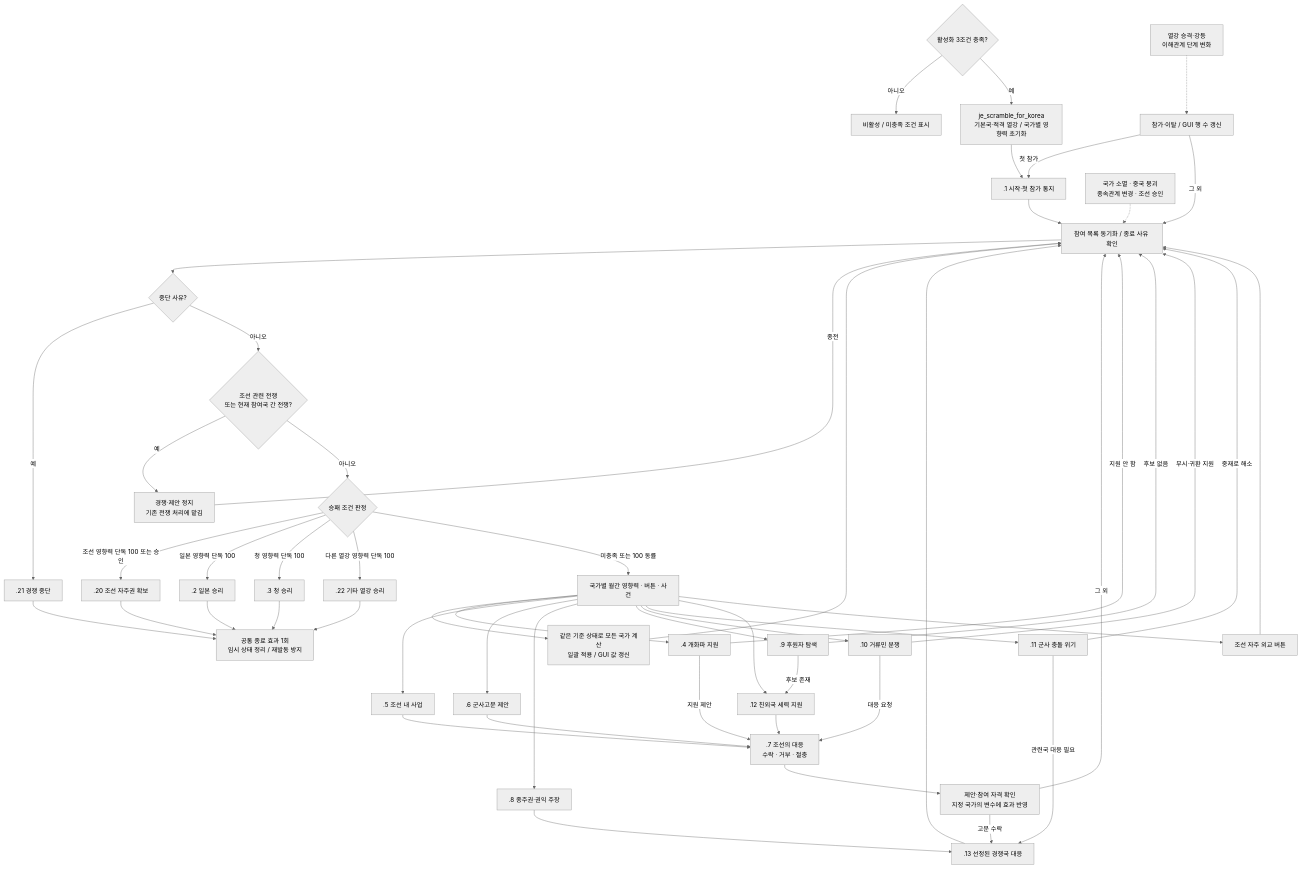
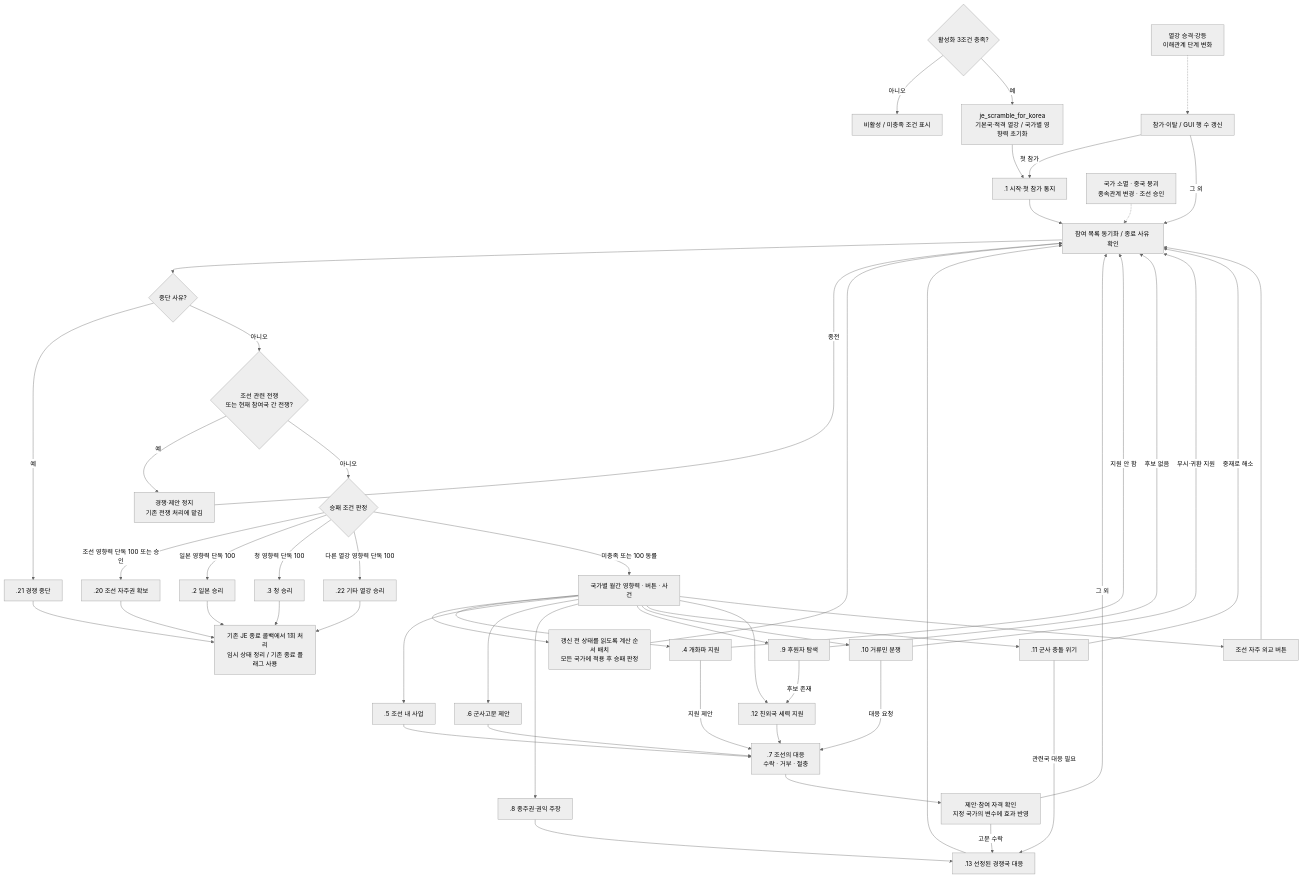
One commit to East-Asia-Flavor-Pack/East-Asia-Flavor-Pack changed the third of 3 diagrams in scratch/scramble_for_korea_journal_design_plan.md. Above: the diagram before and after it, drawn with Mermaid (neutral theme). The commit also changed other lines of this file and 4 other files, not shown here.

````diff
--- a/scratch/scramble_for_korea_journal_design_plan.md
+++ b/scratch/scramble_for_korea_journal_design_plan.md
@@ -307,55 +324,55 @@
 ```mermaid
 flowchart TD
     A{"활성화 3조건 충족?"} -->|아니오| WAIT["비활성 / 미충족 조건 표시"]
     A -->|예| JE["je_scramble_for_korea<br/>기본국·적격 열강 / 국가별 영향력 초기화"]
     JE --> E1[".1 시작·첫 참가 통지"]
     E1 --> LOOP["참여 목록 동기화 / 종료 사유 확인"]
     NEW["열강 승격·강등<br/>이해관계 단계 변화"] -.-> SYNC["참가·이탈 / GUI 행 수 갱신"]
     SYNC -->|첫 참가| E1
     SYNC -->|그 외| LOOP
     EXT["국가 소멸 · 중국 붕괴<br/>종속관계 변경 · 조선 승인"] -.-> LOOP
     LOOP --> EX{"중단 사유?"}
     EX -->|예| E21[".21 경쟁 중단"]
     EX -->|아니오| WAR{"조선 관련 전쟁<br/>또는 현재 참여국 간 전쟁?"}
     WAR -->|예| PAUSE["경쟁·제안 정지<br/>기존 전쟁 처리에 맡김"]
     PAUSE -->|종전| LOOP
     WAR -->|아니오| WIN{"승패 조건 판정"}
     WIN -->|조선 영향력 단독 100 또는 승인| E20[".20 조선 자주권 확보"]
     WIN -->|일본 영향력 단독 100| E2[".2 일본 승리"]
     WIN -->|청 영향력 단독 100| E3[".3 청 승리"]
     WIN -->|다른 열강 영향력 단독 100| E22[".22 기타 열강 승리"]
     WIN -->|미충족 또는 100 동률| PLAY["국가별 월간 영향력 · 버튼 · 사건"]
-    PLAY --> MONTH["같은 기준 상태로 모든 국가 계산<br/>일괄 적용 / GUI 값 갱신"]
+    PLAY --> MONTH["갱신 전 상태를 읽도록 계산 순서 배치<br/>모든 국가에 적용 후 승패 판정"]
     MONTH --> LOOP
     PLAY --> E4[".4 개화파 지원"]
     PLAY --> E5[".5 조선 내 사업"]
     PLAY --> E6[".6 군사고문 제안"]
     PLAY --> E8[".8 종주권·권익 주장"]
     PLAY --> E9[".9 후원자 탐색"]
     PLAY --> E10[".10 거류민 분쟁"]
     PLAY --> E11[".11 군사 충돌 위기"]
     PLAY --> E12[".12 친외국 세력 지원"]
     PLAY --> SELF["조선 자주 외교 버튼"]
     E9 -->|후보 존재| E12
     E9 -->|후보 없음| LOOP
     E4 -->|지원 제안| E7[".7 조선의 대응<br/>수락 · 거부 · 절충"]
     E5 --> E7
     E6 --> E7
     E10 -->|대응 요청| E7
     E12 --> E7
     E4 -->|지원 안 함| LOOP
     E10 -->|무시·귀환 지원| LOOP
     E7 --> APPLY["제안·참여 자격 확인<br/>지정 국가의 변수에 효과 반영"]
     APPLY -->|고문 수락| E13[".13 선정된 경쟁국 대응"]
     APPLY -->|그 외| LOOP
     E8 --> E13
     E11 -->|관련국 대응 필요| E13
     E11 -->|중재로 해소| LOOP
     E13 --> LOOP
     SELF --> LOOP
-    E2 --> END["공통 종료 효과 1회<br/>임시 상태 정리 / 재발동 방지"]
+    E2 --> END["기존 JE 종료 콜백에서 1회 처리<br/>임시 상태 정리 / 기존 종료 플래그 사용"]
     E3 --> END
     E22 --> END
     E20 --> END
     E21 --> END
 ```
````
